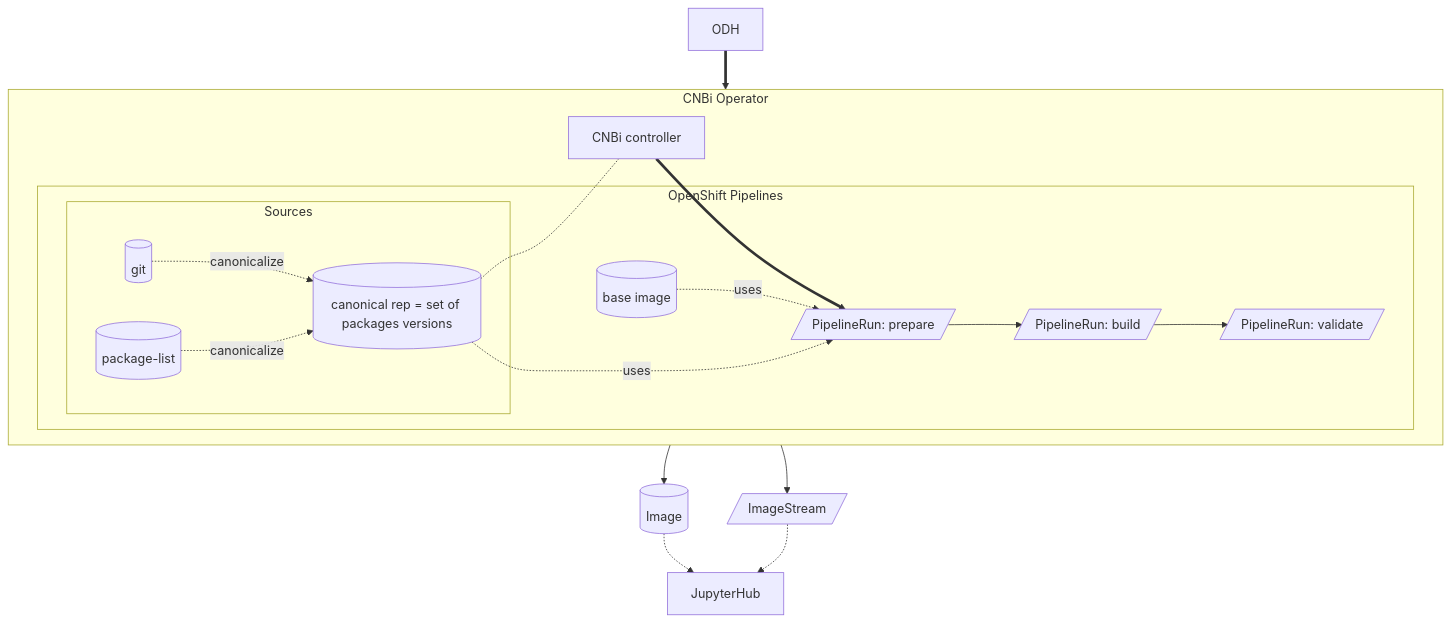
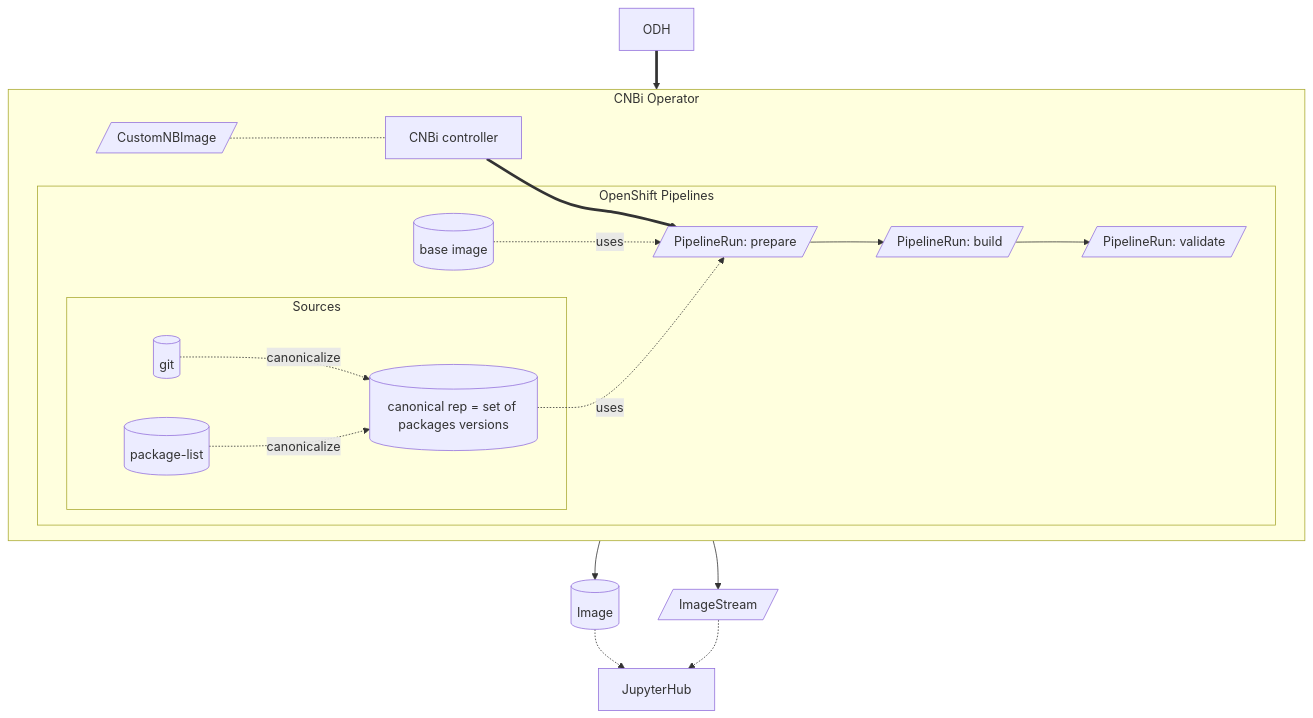
Before and after one commit to thoth-station/opendatahub-cnbi: the second of 6 diagrams in README.md, drawn with Mermaid.

````diff
--- a/README.md
+++ b/README.md
@@ -64,17 +64,17 @@
 ```mermaid
 flowchart TB
     O[ODH] ==> CR[/CustomNBImage/]
     subgraph CNBi Operator
         direction LR
         CR -.- C[CNBi controller] ==> PRprepare[/PipelineRun: prepare/]
         subgraph OpenShift Pipelines
             subgraph Sources
-                S[(git)] & p[(package-list)] -.canonicalize.-> CR
+                S[(git)] & p[(package-list)] -.canonicalize.-> Crep
             end
-            B[(base image)] & CR[(canonical rep = set of packages versions)] -.uses.-> PRprepare
+            B[(base image)] & Crep[(canonical rep = set of packages versions)] -.uses.-> PRprepare
             PRprepare --> PRbuild[/PipelineRun: build/]
             PRbuild --> PRvalidate[/PipelineRun: validate/]
         end
     end
     PRvalidate --> I[(Image)] & IS[/ImageStream/] -.-> JH[JupyterHub]
 ```
````
